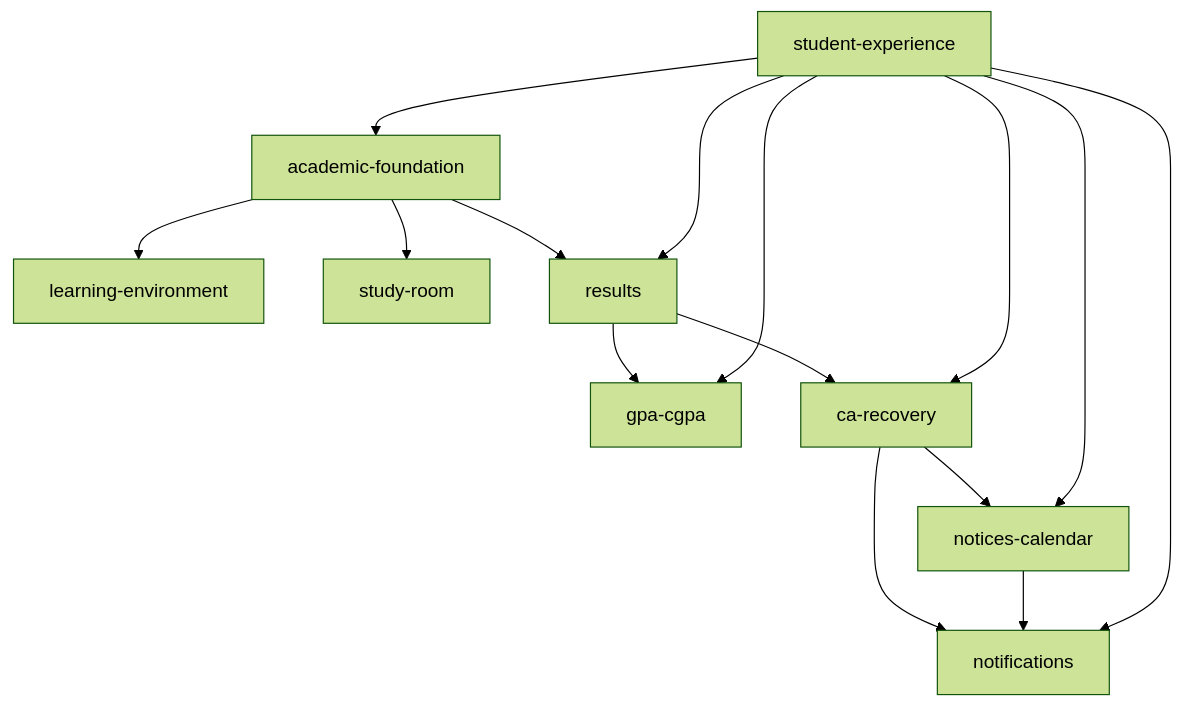
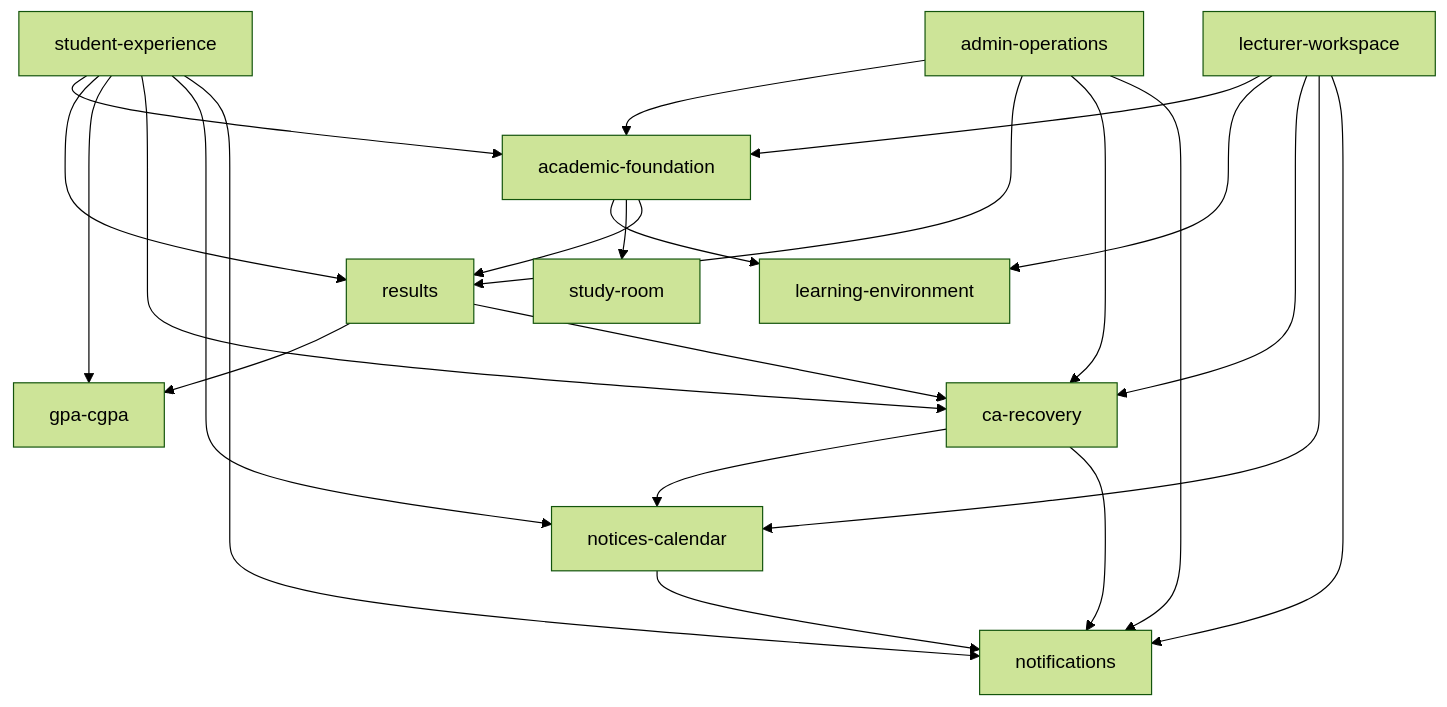
The second of 3 diagrams in docs/architecture/diagrams.md (abdullllbasith/SEU-AIMS), drawn with Mermaid (forest theme) before and after one commit. The commit also changed 109 other files, not shown here.

````diff
--- a/docs/architecture/diagrams.md
+++ b/docs/architecture/diagrams.md
@@ -24,26 +24,37 @@
 ```mermaid
 flowchart TB
   AF[academic-foundation]
   LE[learning-environment]
   SR[study-room]
   RS[results]
   GPA[gpa-cgpa]
   CA[ca-recovery]
   NC[notices-calendar]
   NT[notifications]
   SE[student-experience]
+  AO[admin-operations]
+  LW[lecturer-workspace]
   AF --> LE
   AF --> SR
   AF --> RS
   RS --> GPA
   RS --> CA
   CA --> NC
   CA --> NT
   NC --> NT
   SE --> AF
   SE --> RS
   SE --> GPA
   SE --> CA
   SE --> NC
   SE --> NT
+  AO --> AF
+  AO --> RS
+  AO --> CA
+  AO --> NT
+  LW --> AF
+  LW --> LE
+  LW --> CA
+  LW --> NC
+  LW --> NT
 ```
````
